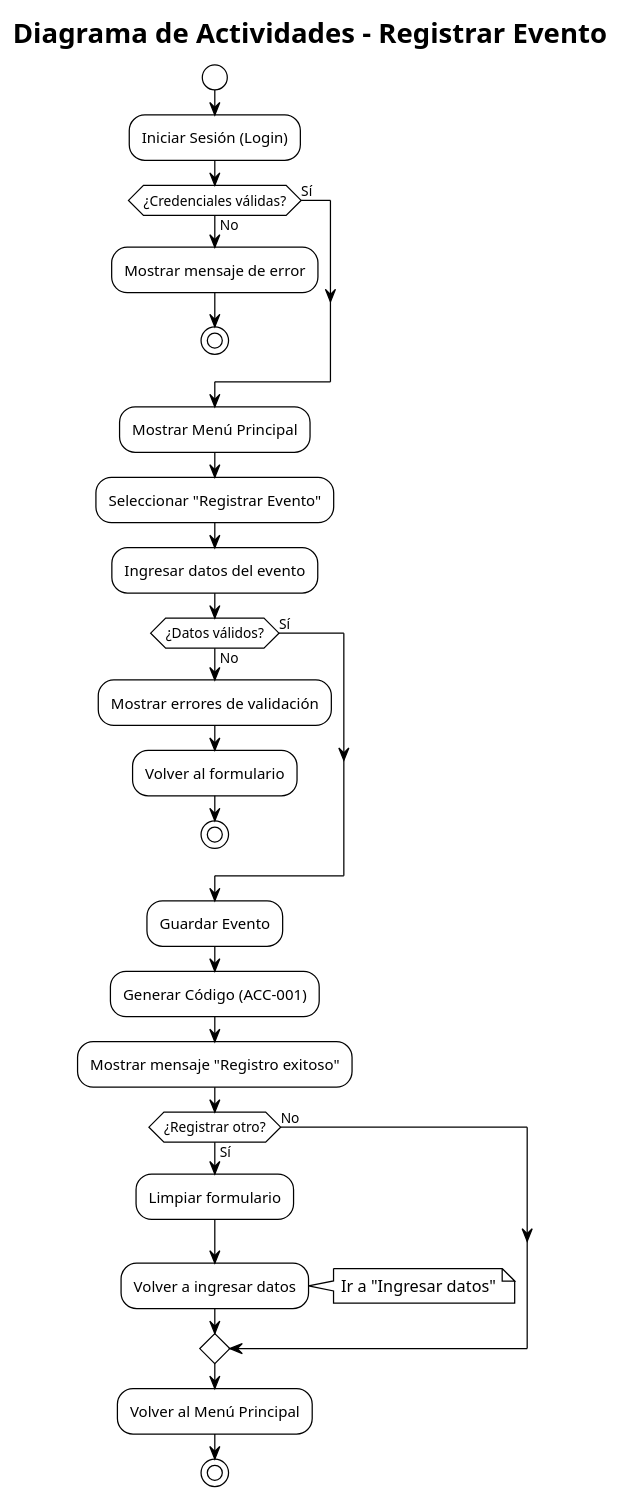
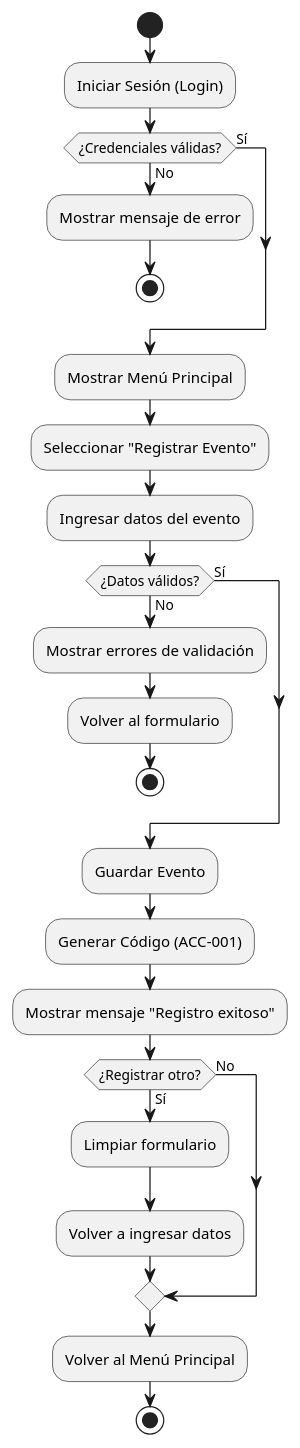
Before and after one commit to BrayanZR29/SST: the diagram in planeacion/uml/04-actividad-registro.puml, drawn with PlantUML. The commit also changed 14 other files, not shown here.

```diff
--- a/planeacion/uml/04-actividad-registro.puml
+++ b/planeacion/uml/04-actividad-registro.puml
@@ -1,46 +1,34 @@
 @startuml ActividadesRegistro
-!theme plain
-
-title Diagrama de Actividades - Registrar Evento
-
 start
-
 :Iniciar Sesión (Login);
 
 if (¿Credenciales válidas?) then (No)
     :Mostrar mensaje de error;
     stop
 else (Sí)
 endif
 
 :Mostrar Menú Principal;
-
 :Seleccionar "Registrar Evento";
-
 :Ingresar datos del evento;
 
 if (¿Datos válidos?) then (No)
     :Mostrar errores de validación;
     :Volver al formulario;
     stop
 else (Sí)
 endif
 
 :Guardar Evento;
-
 :Generar Código (ACC-001);
-
 :Mostrar mensaje "Registro exitoso";
 
 if (¿Registrar otro?) then (Sí)
     :Limpiar formulario;
     :Volver a ingresar datos;
-    note right: Ir a "Ingresar datos"
 else (No)
 endif
 
 :Volver al Menú Principal;
-
 stop
-
 @enduml
```
